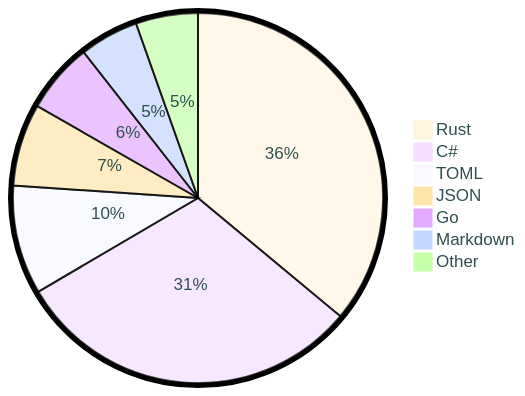
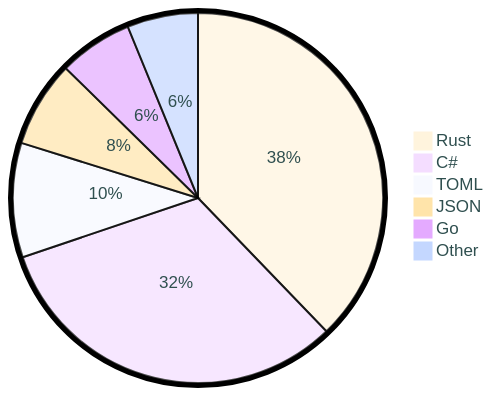
The diagram in README.md (tot0p/tot0p), drawn with Mermaid before and after one commit. The commit also changed other lines of this file, not shown here.

````diff
--- a/README.md
+++ b/README.md
@@ -79,11 +79,10 @@
 ```mermaid
 %%{init: {"pie": {"textPosition": 0.5}, "themeVariables": {"pieOuterStrokeWidth": "5px","primaryTextColor" : "#2F4F4F"},"theme":"base"} }%%
 pie
-	"Rust": 36.03
-	"C#": 30.52
-	"TOML": 9.53
-	"JSON": 7.19
-	"Go": 6.15
-	"Markdown": 5.15
-	"Other": 5.43
+	"Rust": 37.8
+	"C#": 32.02
+	"TOML": 10.0
+	"JSON": 7.54
+	"Go": 6.46
+	"Other": 6.1899999999999995
 ```
````
